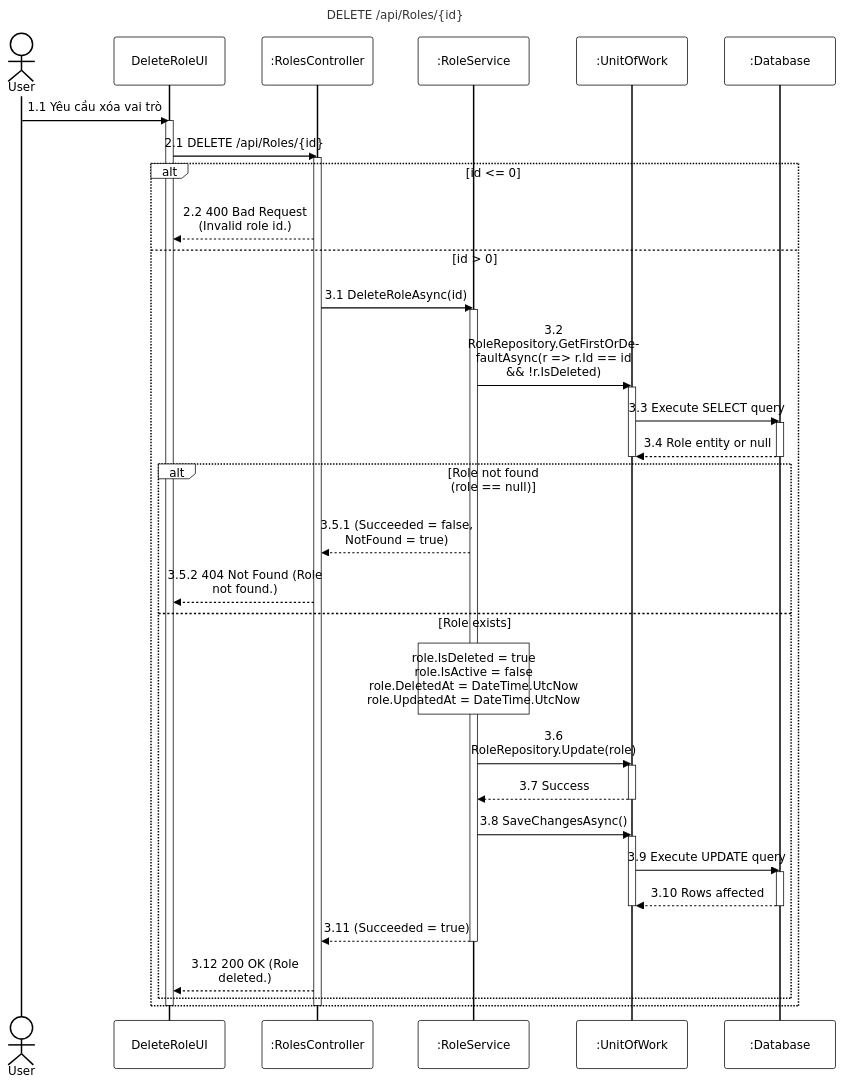
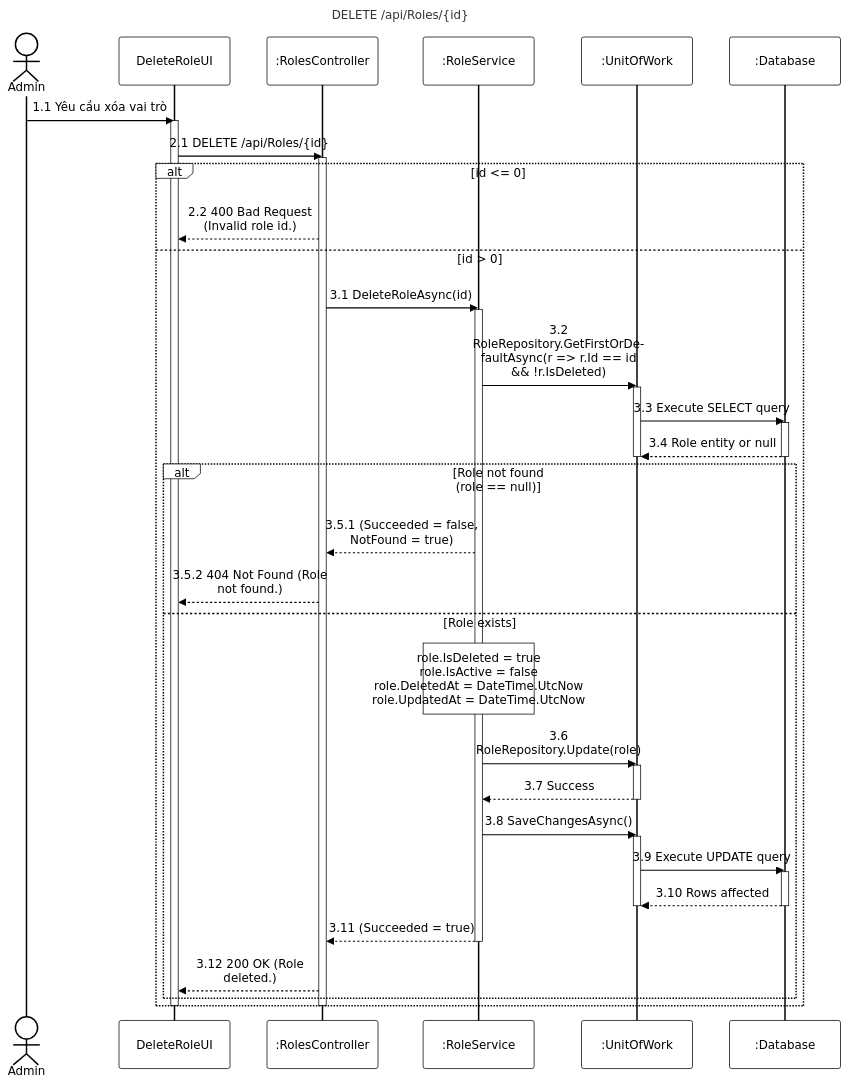
One commit to PhucAnDev/docx-diagram changed the diagram in 02-user-role-management/sequence-diagram/apis/delete-role.mmd. Above: the diagram before and after it, drawn with Mermaid. The commit also changed 13 other files, not shown here.

Commit message:
fix: update sequence diagrams for users and roles to align actors and validation with code

```diff
--- a/02-user-role-management/sequence-diagram/apis/delete-role.mmd
+++ b/02-user-role-management/sequence-diagram/apis/delete-role.mmd
@@ -1,55 +1,55 @@
 %%{init: {'theme':'base', 'themeVariables': {'actorBkg':'#ffffff','actorBorder':'#000000','actorTextColor':'#000000','actorLineColor':'#000000','signalColor':'#000000','signalTextColor':'#000000','labelBoxBkgColor':'#ffffff','labelBoxBorderColor':'#000000','labelTextColor':'#000000','loopTextColor':'#000000','noteBkgColor':'#ffffff','noteBorderColor':'#000000','noteTextColor':'#000000','activationBorderColor':'#000000','activationBkgColor':'#ffffff','sequenceNumberColor':'#000000'}, 'sequence': {'width':150,'height':65,'actorFontSize':16,'messageFontSize':16,'wrap':true,'wrapPadding':10}}}%%
 sequenceDiagram
     title DELETE /api/Roles/{id}
-    actor User as User
+    actor Admin as Admin
     participant UI as DeleteRoleUI
     participant Endpoint as :RolesController
     participant Service as :RoleService
     participant DB as :UnitOfWork
     participant Database as :Database
 
-    User->>UI: 1.1 Yêu cầu xóa vai trò
+    Admin->>UI: 1.1 Yêu cầu xóa vai trò
     activate UI
     UI->>Endpoint: 2.1 DELETE /api/Roles/{id}
     activate Endpoint
 
     alt id <= 0
         Endpoint-->>UI: 2.2 400 Bad Request (Invalid role id.)
     else id > 0
         Endpoint->>Service: 3.1 DeleteRoleAsync(id)
         activate Service
 
         Service->>DB: 3.2 RoleRepository.GetFirstOrDefaultAsync(r => r.Id == id && !r.IsDeleted)
         activate DB
         DB->>Database: 3.3 Execute SELECT query
         activate Database
         Database-->>DB: 3.4 Role entity or null
         deactivate Database
         deactivate DB
 
         alt Role not found (role == null)
             Service-->>Endpoint: 3.5.1 (Succeeded = false, NotFound = true)
             Endpoint-->>UI: 3.5.2 404 Not Found (Role not found.)
         else Role exists
             note over Service: role.IsDeleted = true<br/>role.IsActive = false<br/>role.DeletedAt = DateTime.UtcNow<br/>role.UpdatedAt = DateTime.UtcNow
 
             Service->>DB: 3.6 RoleRepository.Update(role)
             activate DB
             DB-->>Service: 3.7 Success
             deactivate DB
 
             Service->>DB: 3.8 SaveChangesAsync()
             activate DB
             DB->>Database: 3.9 Execute UPDATE query
             activate Database
             Database-->>DB: 3.10 Rows affected
             deactivate Database
             deactivate DB
 
             Service-->>Endpoint: 3.11 (Succeeded = true)
             deactivate Service
             Endpoint-->>UI: 3.12 200 OK (Role deleted.)
         end
     end
     deactivate Endpoint
     deactivate UI
```
